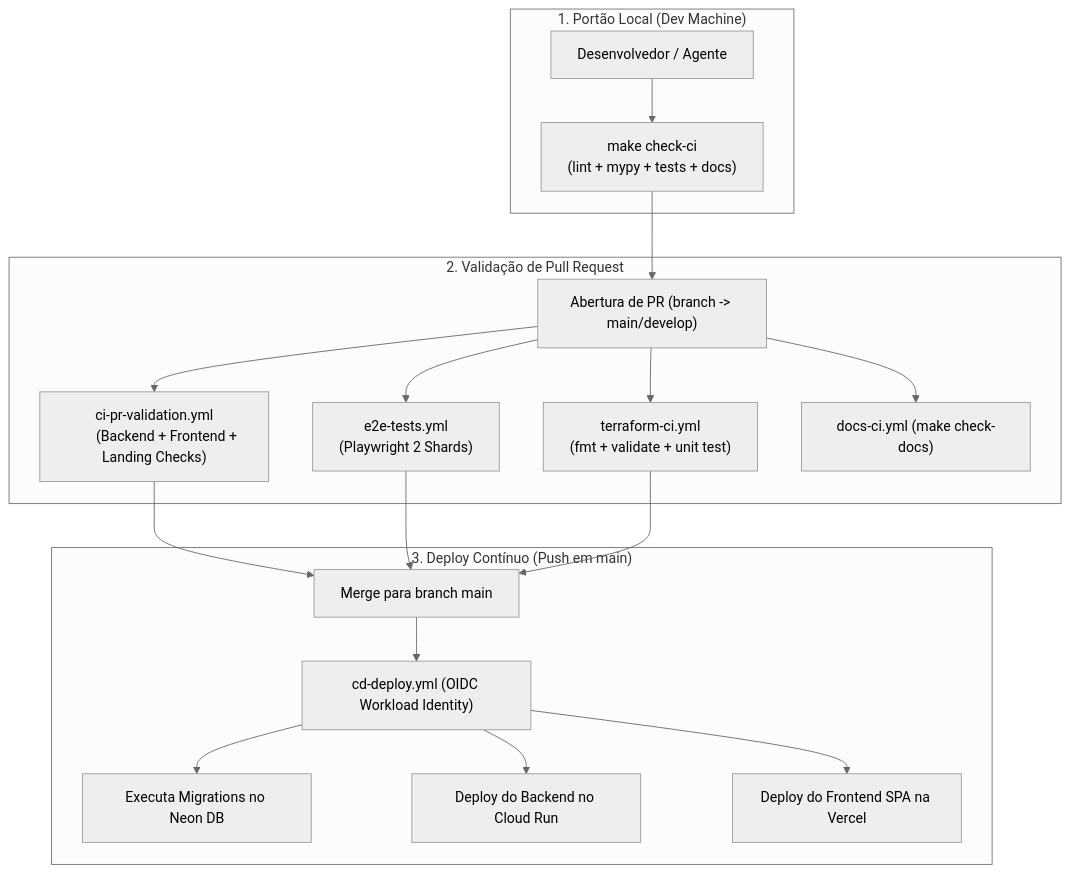
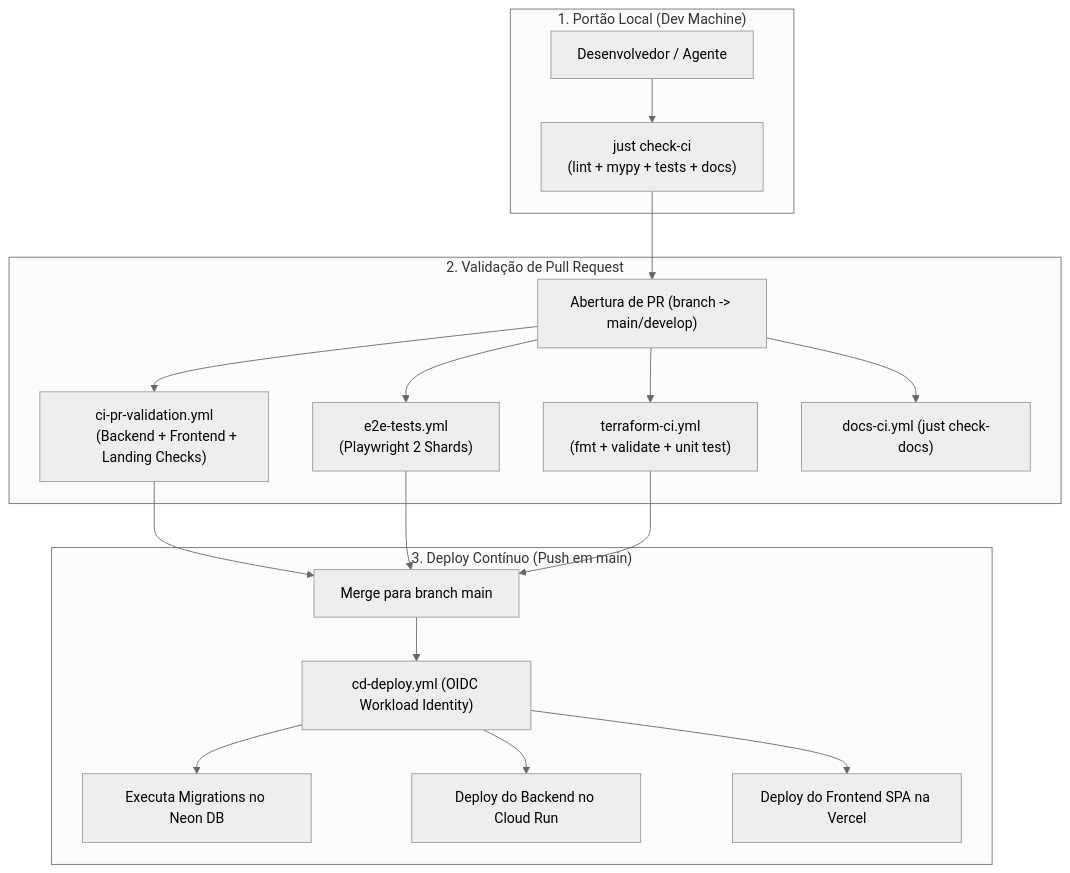
The diagram in docs/reference/ci-cd/index.md (Rafaelp122/wedding_management), drawn with Mermaid (neutral theme) before and after one commit. The commit also changed other lines of this file and 15 other files, not shown here.

````diff
--- a/docs/reference/ci-cd/index.md
+++ b/docs/reference/ci-cd/index.md
@@ -12,26 +12,26 @@
 ```mermaid
 flowchart TD
     subgraph Local_Dev["1. Portão Local (Dev Machine)"]
-        Dev["Desenvolvedor / Agente"] --> LocalCheck["make check-ci
+        Dev["Desenvolvedor / Agente"] --> LocalCheck["just check-ci
         (lint + mypy + tests + docs)"]
     end
 
     subgraph GitHub_PR["2. Validação de Pull Request"]
         LocalCheck --> OpenPR["Abertura de PR (branch -> main/develop)"]
         OpenPR --> CIPR["ci-pr-validation.yml
         (Backend + Frontend + Landing Checks)"]
         OpenPR --> E2E["e2e-tests.yml
         (Playwright 2 Shards)"]
         OpenPR --> TerraformCI["terraform-ci.yml
         (fmt + validate + unit test)"]
-        OpenPR --> DocsCI["docs-ci.yml (make check-docs)"]
+        OpenPR --> DocsCI["docs-ci.yml (just check-docs)"]
     end
 
     subgraph CD_Pipeline["3. Deploy Contínuo (Push em main)"]
         CIPR & E2E & TerraformCI --> MergeMain["Merge para branch main"]
         MergeMain --> CDDeploy["cd-deploy.yml (OIDC Workload Identity)"]
         CDDeploy --> NeonMigrate["Executa Migrations no Neon DB"]
         CDDeploy --> CloudRunDeploy["Deploy do Backend no Cloud Run"]
         CDDeploy --> VercelDeploy["Deploy do Frontend SPA na Vercel"]
     end
 ```
````
